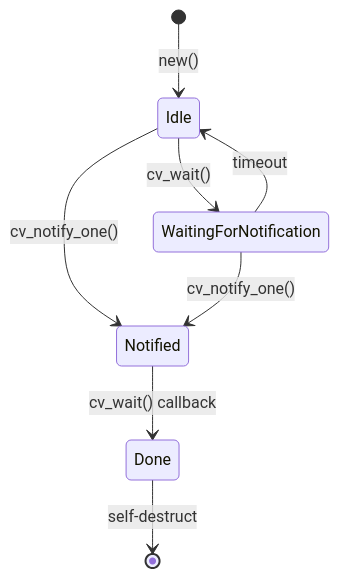
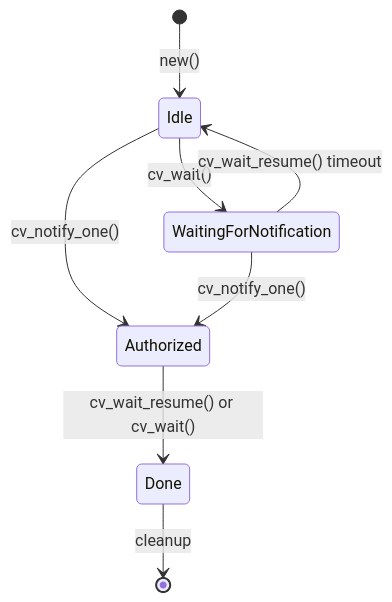
One commit to near/intents changed the diagram in oneshot-condvar/README.md. Above: the diagram before and after it, drawn with Mermaid. The commit also changed other lines of this file and 1 other file, not shown here.

````diff
--- a/oneshot-condvar/README.md
+++ b/oneshot-condvar/README.md
@@ -19,14 +19,14 @@
 ```mermaid
 stateDiagram-v2
     [*] --> Idle: new()
 
     Idle --> WaitingForNotification: cv_wait()
-    Idle --> Notified: cv_notify_one()
+    Idle --> Authorized: cv_notify_one()
 
-    WaitingForNotification --> Notified: cv_notify_one()
-    WaitingForNotification --> Idle: timeout
+    WaitingForNotification --> Authorized: cv_notify_one()
+    WaitingForNotification --> Idle: cv_wait_resume() timeout
 
-    Notified --> Done: cv_wait() callback
+    Authorized --> Done: cv_wait_resume() or cv_wait()
 
-    Done --> [*]: self-destruct
+    Done --> [*]: cleanup
 ```
````
